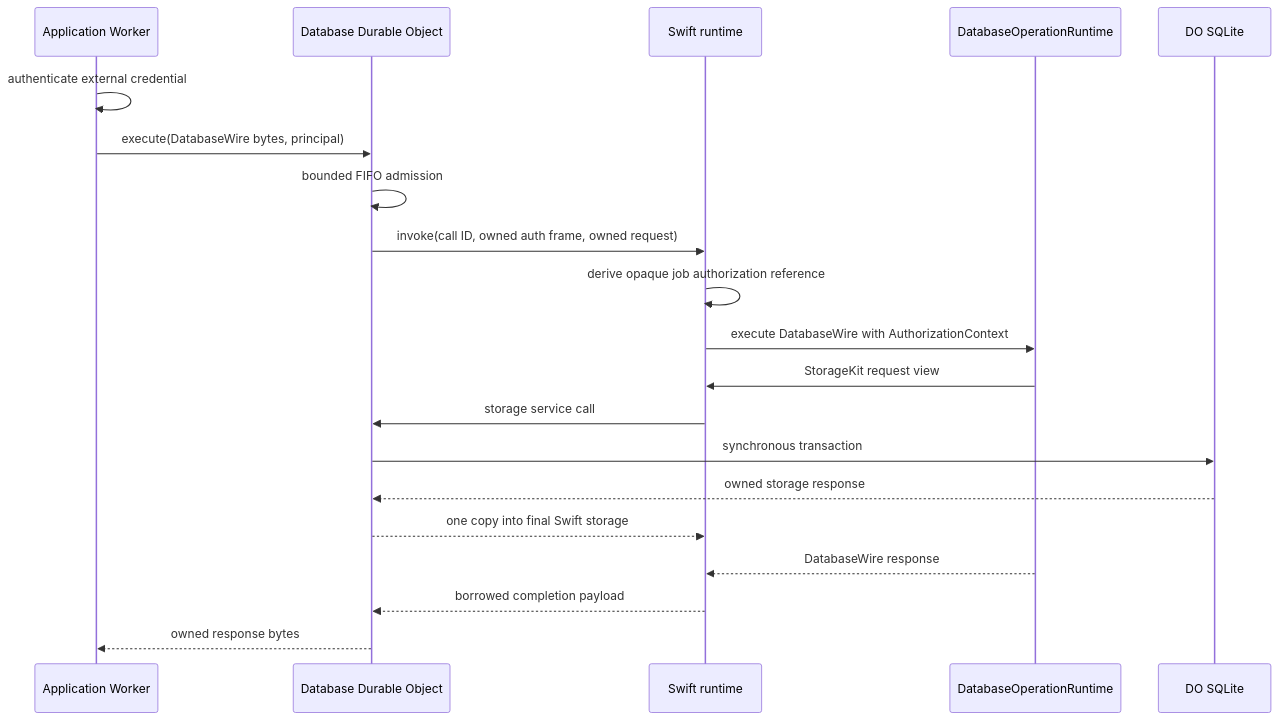
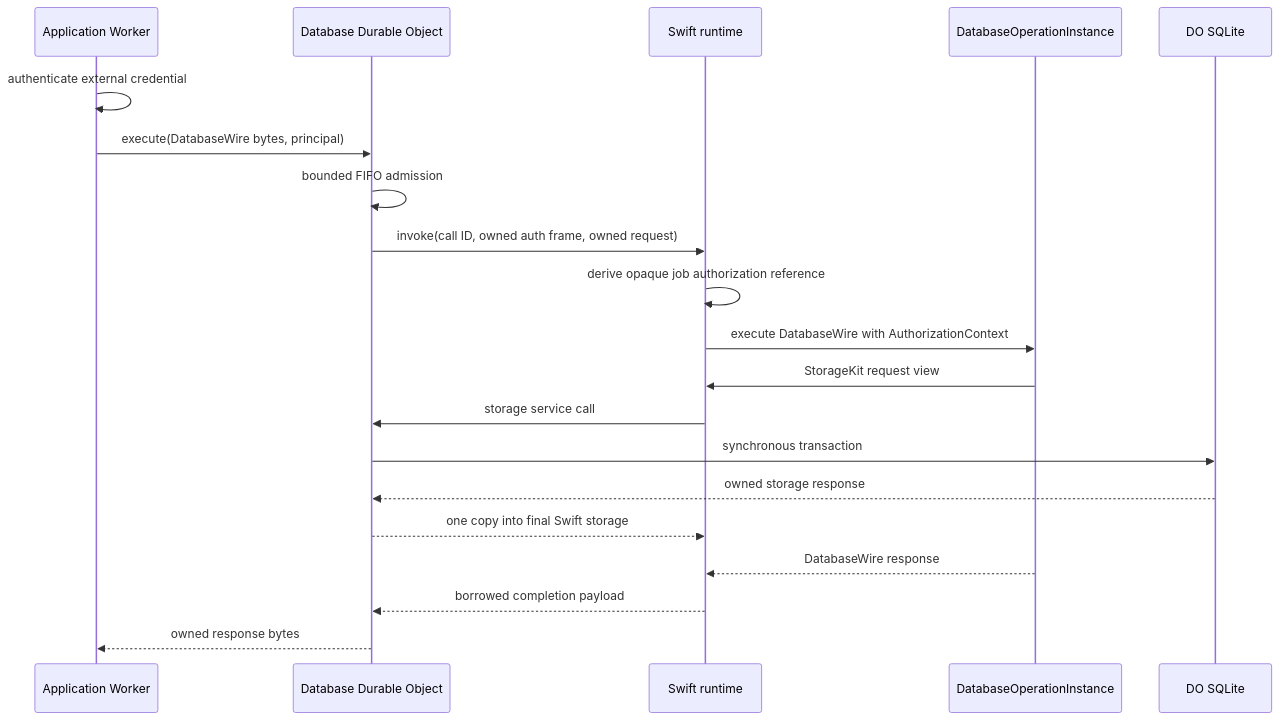
Before and after one commit to 1amageek/database-framework-cloudflare: the third of 3 diagrams in README.md, drawn with Mermaid. The commit also changed other lines of this file and 45 other files, not shown here.

Commit message:
Adopt split database operation runtime

````diff
--- a/README.md
+++ b/README.md
@@ -236,23 +238,23 @@
 ```mermaid
 sequenceDiagram
   participant App as Application Worker
   participant DO as Database Durable Object
   participant Runtime as Swift runtime
-  participant Server as DatabaseOperationRuntime
+  participant Server as DatabaseOperationInstance
   participant SQLite as DO SQLite
 
   App->>App: authenticate external credential
   App->>DO: execute(DatabaseWire bytes, principal)
   DO->>DO: bounded FIFO admission
   DO->>Runtime: invoke(call ID, owned auth frame, owned request)
   Runtime->>Runtime: derive opaque job authorization reference
   Runtime->>Server: execute DatabaseWire with AuthorizationContext
   Server->>Runtime: StorageKit request view
   Runtime->>DO: storage service call
   DO->>SQLite: synchronous transaction
   SQLite-->>DO: owned storage response
   DO-->>Runtime: one copy into final Swift storage
   Server-->>Runtime: DatabaseWire response
   Runtime-->>DO: borrowed completion payload
   DO-->>App: owned response bytes
 ```
````
